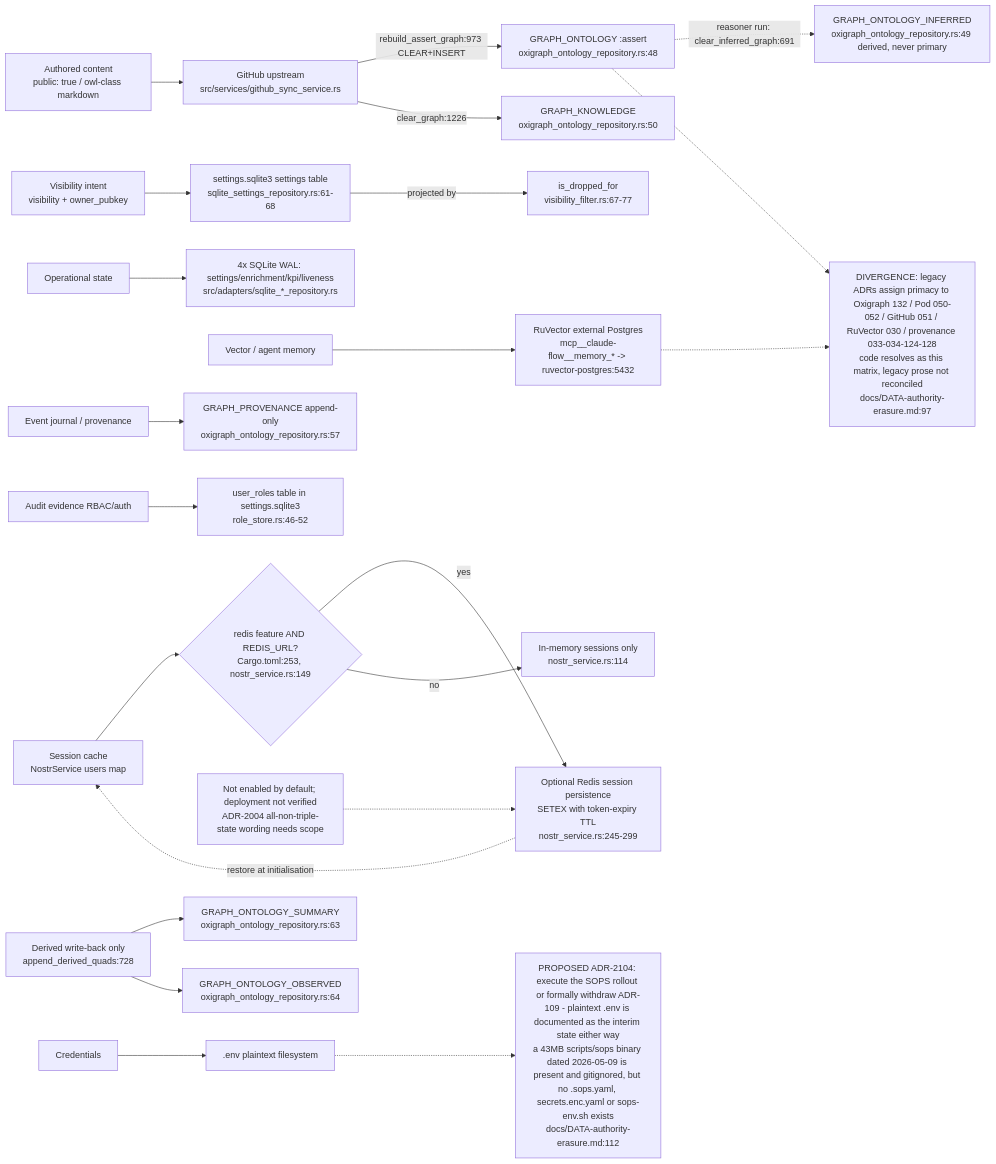
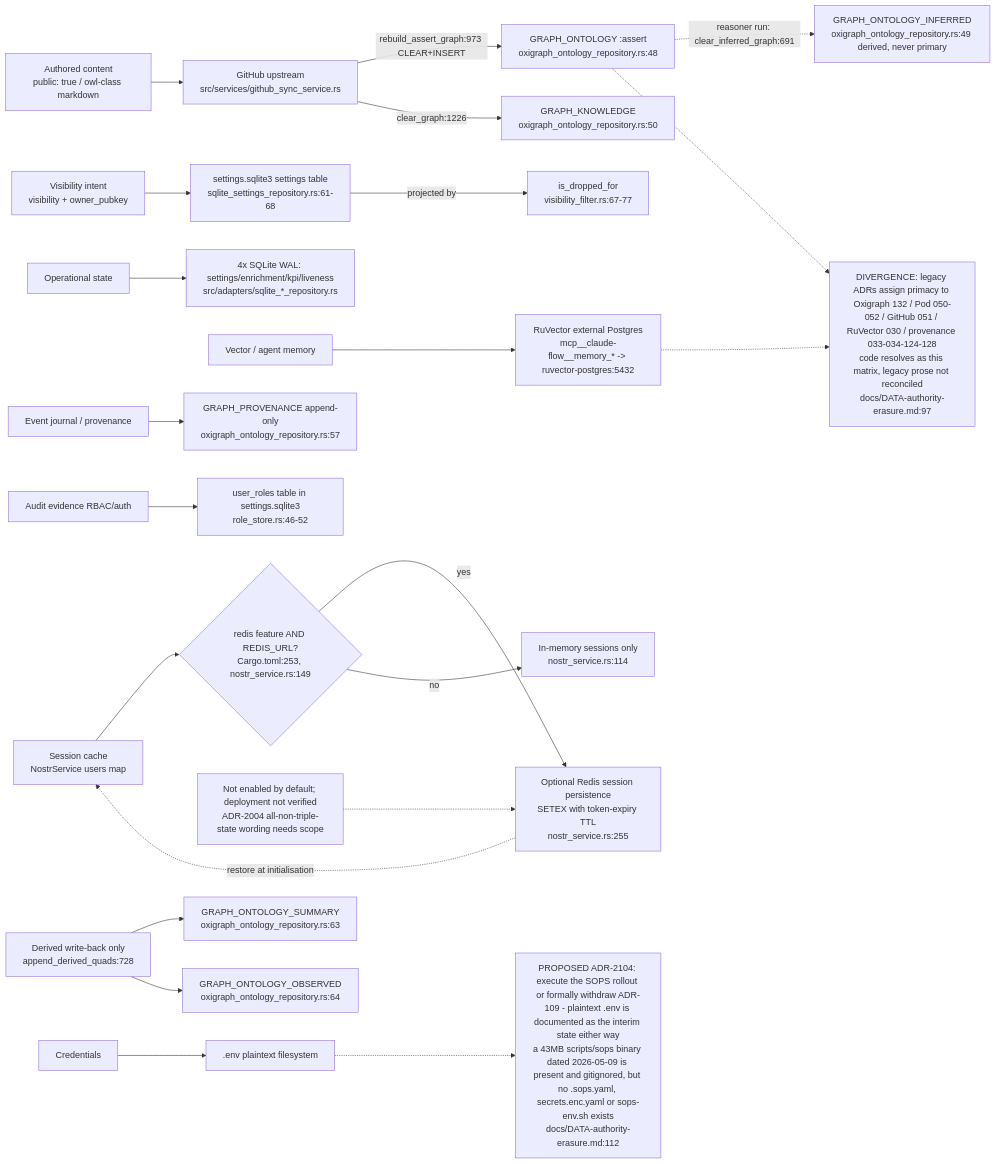
The first of 11 diagrams in docs/diagrams/visionclaw/22-data-authority-provenance-erasure.md (DreamLab-AI/VisionFlow), drawn with Mermaid before and after one commit. The commit also changed other lines of this file and 51 other files, not shown here.

First line of the commit message:
docs(diagrams): agentbox AB-01..13 re-attested anchor by anchor (980 anchors, 22 defects); checkpoint against an out-of-mesh writer

````diff
--- a/docs/diagrams/visionclaw/22-data-authority-provenance-erasure.md
+++ b/docs/diagrams/visionclaw/22-data-authority-provenance-erasure.md
@@ -45,37 +45,37 @@
 ```mermaid
 flowchart LR
     AuthContent["Authored content<br/>public: true / owl-class markdown"] --> GitHub["GitHub upstream<br/>src/services/github_sync_service.rs"]
     GitHub -->|"rebuild_assert_graph:973 CLEAR+INSERT"| AssertGraph["GRAPH_ONTOLOGY :assert<br/>oxigraph_ontology_repository.rs:48"]
     GitHub -->|"clear_graph:1226"| KnowledgeGraph["GRAPH_KNOWLEDGE<br/>oxigraph_ontology_repository.rs:50"]
 
     VisIntent["Visibility intent<br/>visibility + owner_pubkey"] --> SettingsDB["settings.sqlite3 settings table<br/>sqlite_settings_repository.rs:61-68"]
     SettingsDB -->|"projected by"| VisFilter["is_dropped_for<br/>visibility_filter.rs:67-77"]
 
     AssertGraph -.->|"reasoner run: clear_inferred_graph:691"| InferredGraph["GRAPH_ONTOLOGY_INFERRED<br/>oxigraph_ontology_repository.rs:49 derived, never primary"]
 
     OpState["Operational state"] --> SqliteFour["4x SQLite WAL: settings/enrichment/kpi/liveness<br/>src/adapters/sqlite_*_repository.rs"]
 
     VectorMem["Vector / agent memory"] --> RuVector["RuVector external Postgres<br/>mcp__claude-flow__memory_* -> ruvector-postgres:5432"]
 
     EventJournal["Event journal / provenance"] --> ProvGraph["GRAPH_PROVENANCE append-only<br/>oxigraph_ontology_repository.rs:57"]
 
     AuditRBAC["Audit evidence RBAC/auth"] --> RoleTable["user_roles table in settings.sqlite3<br/>role_store.rs:46-52"]
 
     Sessions["Session cache<br/>NostrService users map"] --> RedisGate{"redis feature AND REDIS_URL?<br/>Cargo.toml:253, nostr_service.rs:149"}
-    RedisGate -->|yes| Redis["Optional Redis session persistence<br/>SETEX with token-expiry TTL<br/>nostr_service.rs:245-299"]
+    RedisGate -->|yes| Redis["Optional Redis session persistence<br/>SETEX with token-expiry TTL<br/>nostr_service.rs:255"]
     RedisGate -->|no| Memory["In-memory sessions only<br/>nostr_service.rs:114"]
     Redis -.->|"restore at initialisation"| Sessions
     RedisScope["Not enabled by default; deployment not verified<br/>ADR-2004 all-non-triple-state wording needs scope"] -.-> Redis
 
     Credentials["Credentials"] --> DotEnv[".env plaintext filesystem"]
 
     DerivedWB["Derived write-back only<br/>append_derived_quads:728"] --> SummaryGraph["GRAPH_ONTOLOGY_SUMMARY<br/>oxigraph_ontology_repository.rs:63"]
     DerivedWB --> ObservedGraph["GRAPH_ONTOLOGY_OBSERVED<br/>oxigraph_ontology_repository.rs:64"]
 
     DivLegacy["DIVERGENCE: legacy ADRs assign primacy to Oxigraph 132 / Pod 050-052 / GitHub 051 / RuVector 030 / provenance 033-034-124-128<br/>code resolves as this matrix, legacy prose not reconciled<br/>docs/DATA-authority-erasure.md:97"]
     AssertGraph -.-> DivLegacy
     RuVector -.-> DivLegacy
 
     DivCreds["PROPOSED ADR-2104: execute the SOPS rollout or formally withdraw ADR-109 - plaintext .env is documented as the interim state either way<br/>a 43MB scripts/sops binary dated 2026-05-09 is present and gitignored, but no .sops.yaml, secrets.enc.yaml or sops-env.sh exists<br/>docs/DATA-authority-erasure.md:112"]
     DotEnv -.-> DivCreds
 ```
````
